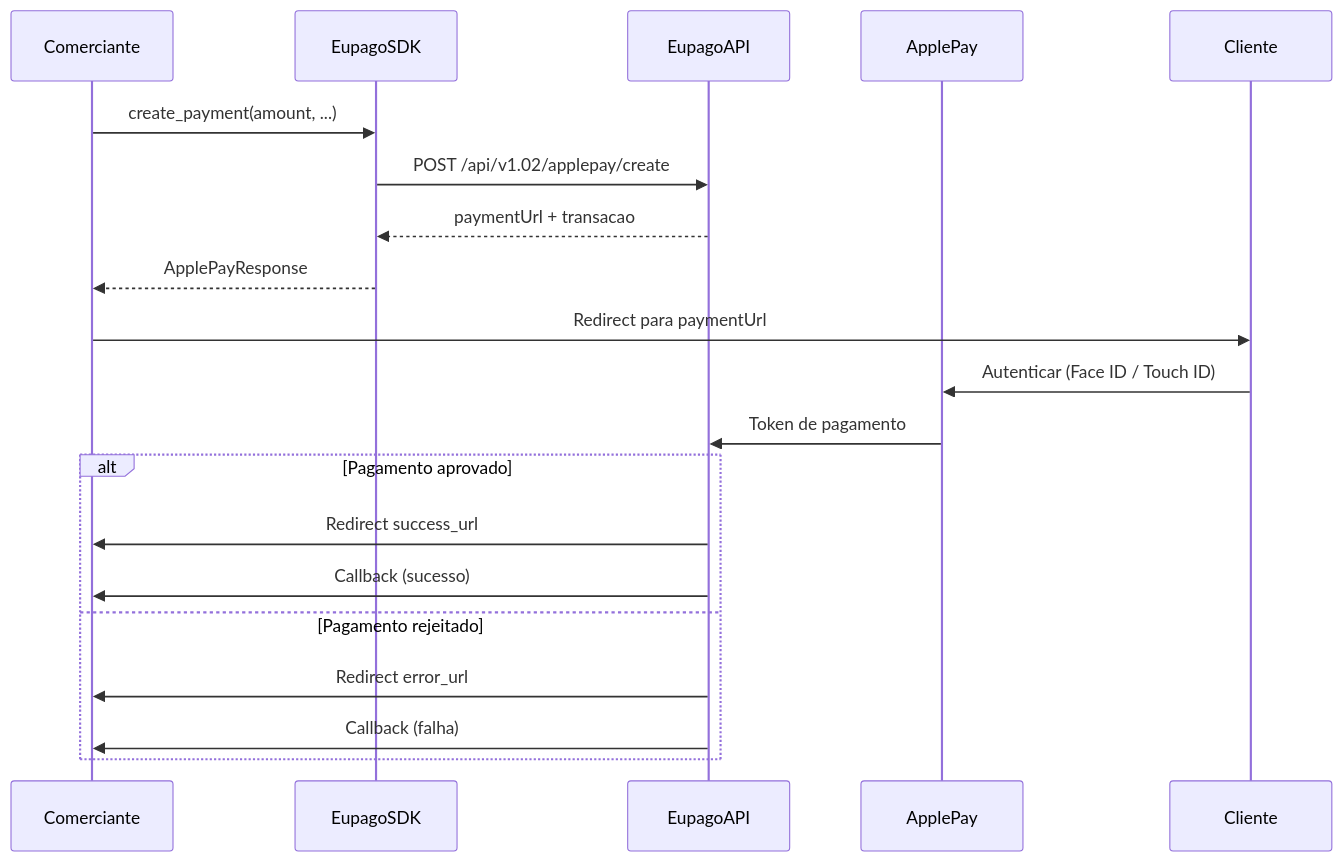
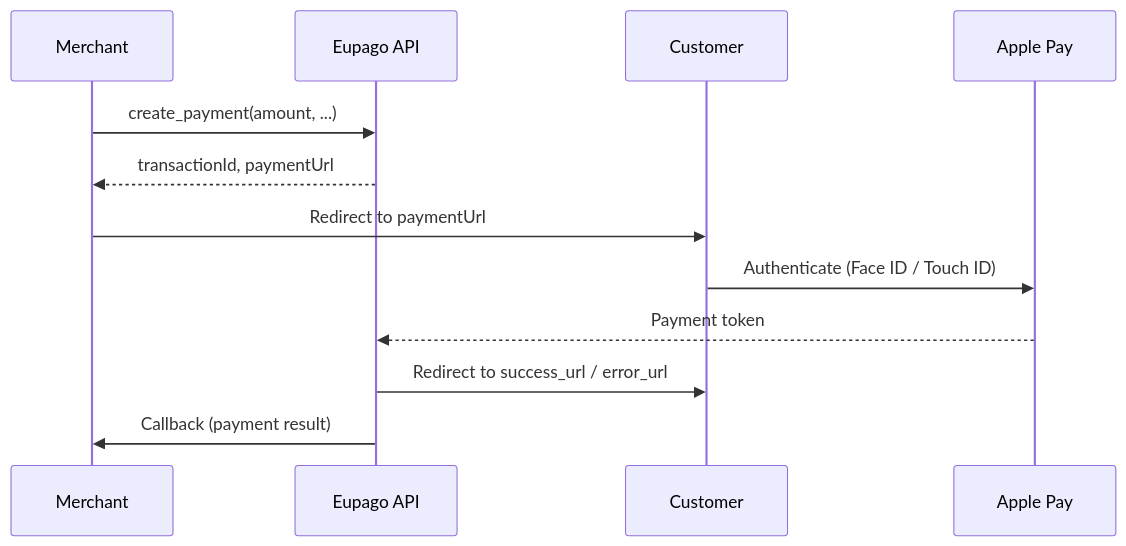
Before and after one commit to bilouro/eupago-python: the diagram in docs/payments/apple-pay.md, drawn with Mermaid. The commit also changed other lines of this file and 50 other files, not shown here.

````diff
--- a/docs/payments/apple-pay.md
+++ b/docs/payments/apple-pay.md
@@ -13,25 +11,15 @@
 ```mermaid
 sequenceDiagram
-    participant Comerciante
-    participant EupagoSDK
-    participant EupagoAPI
-    participant ApplePay
-    participant Cliente
+    participant Merchant
+    participant EupagoAPI as Eupago API
+    participant Customer
+    participant ApplePay as Apple Pay
 
-    Comerciante->>EupagoSDK: create_payment(amount, ...)
-    EupagoSDK->>EupagoAPI: POST /api/v1.02/applepay/create
-    EupagoAPI-->>EupagoSDK: paymentUrl + transacao
-    EupagoSDK-->>Comerciante: ApplePayResponse
-
-    Comerciante->>Cliente: Redirect para paymentUrl
-    Cliente->>ApplePay: Autenticar (Face ID / Touch ID)
-    ApplePay->>EupagoAPI: Token de pagamento
-
-    alt Pagamento aprovado
-        EupagoAPI->>Comerciante: Redirect success_url
-        EupagoAPI->>Comerciante: Callback (sucesso)
-    else Pagamento rejeitado
-        EupagoAPI->>Comerciante: Redirect error_url
-        EupagoAPI->>Comerciante: Callback (falha)
-    end
+    Merchant->>EupagoAPI: create_payment(amount, ...)
+    EupagoAPI-->>Merchant: transactionId, paymentUrl
+    Merchant->>Customer: Redirect to paymentUrl
+    Customer->>ApplePay: Authenticate (Face ID / Touch ID)
+    ApplePay-->>EupagoAPI: Payment token
+    EupagoAPI->>Customer: Redirect to success_url / error_url
+    EupagoAPI->>Merchant: Callback (payment result)
 ```
````
